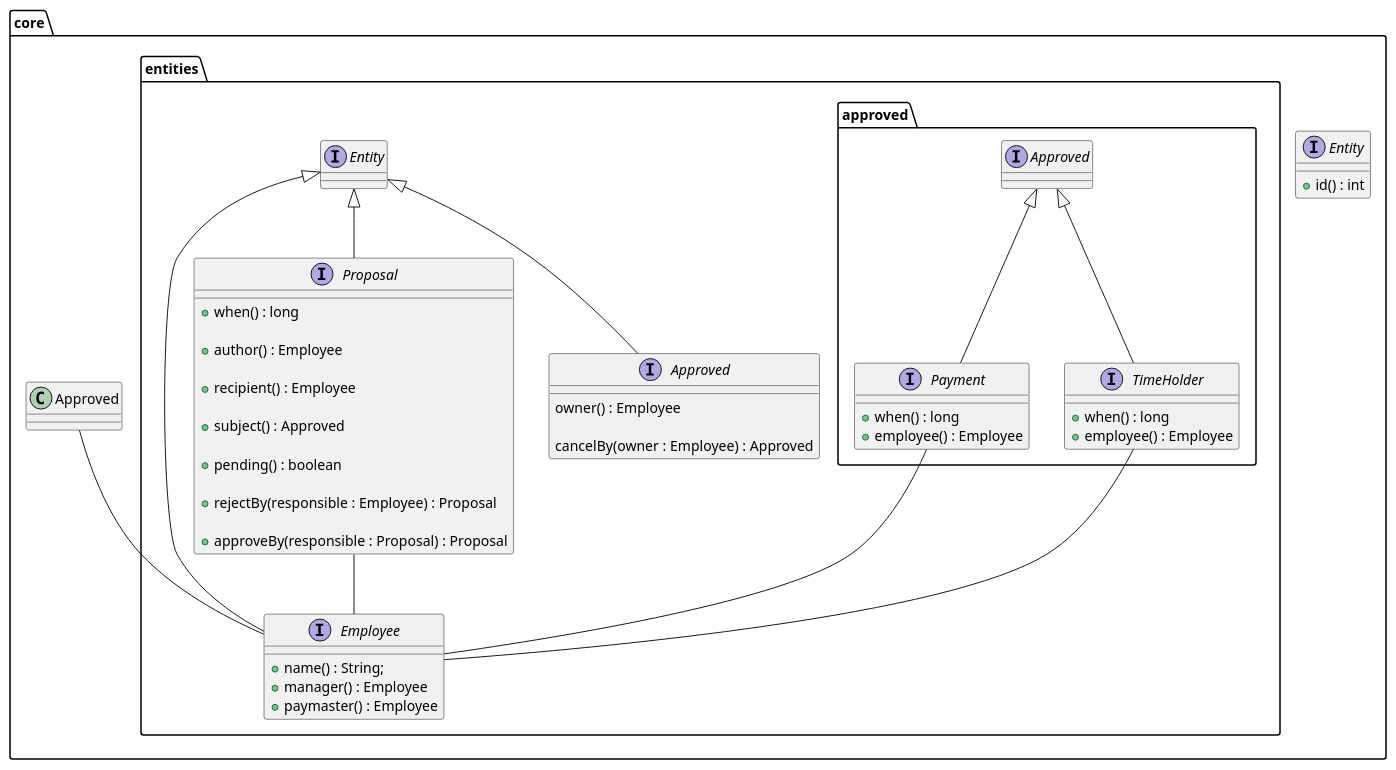
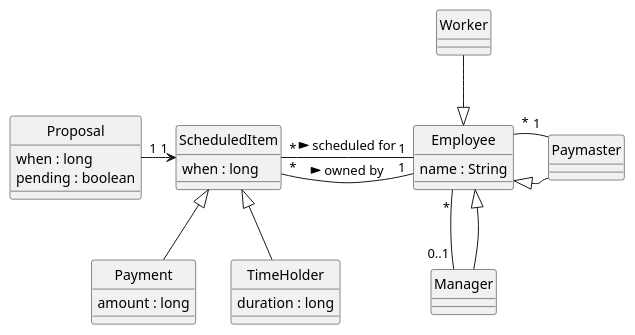
One commit to JohnKhandygo/employee-managment changed the diagram in diagrams/classes/domain.puml. Above: the diagram before and after it, drawn with PlantUML. The commit also changed 3 other files, not shown here.

Commit message:
#10 update domain class diagram.

```diff
--- a/diagrams/classes/domain.puml
+++ b/diagrams/classes/domain.puml
@@ -1,58 +1,50 @@
 @startuml
+'left to right direction
 
-package "core" {
-
-  interface Entity {
-    + id() : int
-  }
-
-  package "entities" {
-
-  interface Employee extends Entity {
-    + name() : String;
-    + manager() : Employee
-    + paymaster() : Employee
-  }
-
-  interface Proposal extends Entity {
-    + when() : long
-
-    + author() : Employee
-
-    + recipient() : Employee
-
-    + subject() : Approved
-
-    + pending() : boolean
-
-    + rejectBy(responsible : Employee) : Proposal
-
-    + approveBy(responsible : Proposal) : Proposal
-  }
-
-  interface Approved extends Entity {
-    owner() : Employee
-
-    cancelBy(owner : Employee) : Approved
-  }
-
-  package "approved" {
-
-    interface Payment extends Approved {
-      + when() : long
-      + employee() : Employee
-    }
-
-    interface TimeHolder extends Approved{
-      + when() : long
-      + employee() : Employee
-    }
-  }
+class Employee {
+  name : String
 }
 
-Proposal -- Employee
-Approved -- Employee
-TimeHolder -- Employee
-Payment-- Employee
+
+class Manager {
+}
+
+class Paymaster {
+}
+
+class Worker {
+}
+
+class Proposal {
+  when : long
+  pending : boolean
+}
+
+class ScheduledItem {
+  when : long
+}
+
+class Payment {
+  amount : long
+}
+
+class TimeHolder {
+  duration : long  
+}
+
+hide class circle
+
+Payment -up-|> ScheduledItem
+TimeHolder -up-|> ScheduledItem
+Worker -down-|> Employee
+Paymaster -left-|> Employee
+
+Proposal "1" -right-> "1" ScheduledItem
+Employee "*" -- "0..1" Manager
+Employee "*" -- "1" Paymaster
+ScheduledItem "*" -down- "1" Employee : "owned by >"
+ScheduledItem "*" -right- "1" Employee : "scheduled for >"
+
+Manager -up-|> Employee
 
 @enduml
```
